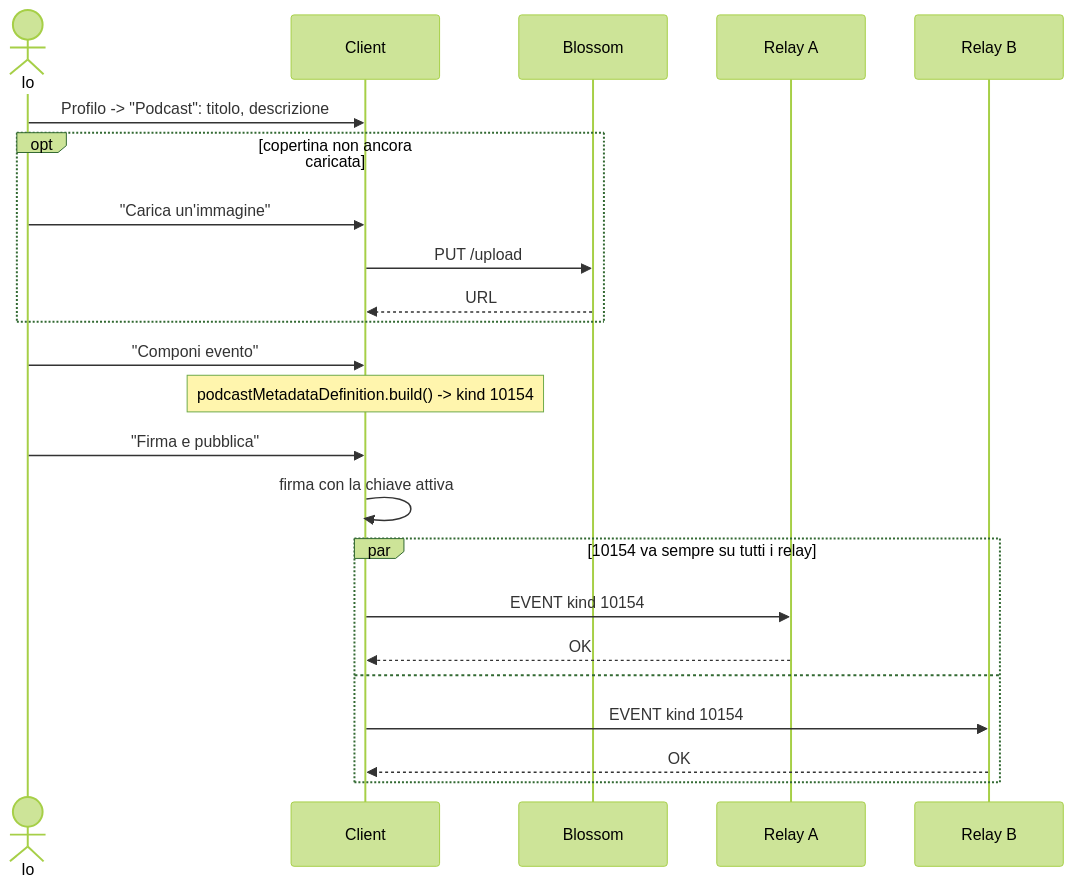
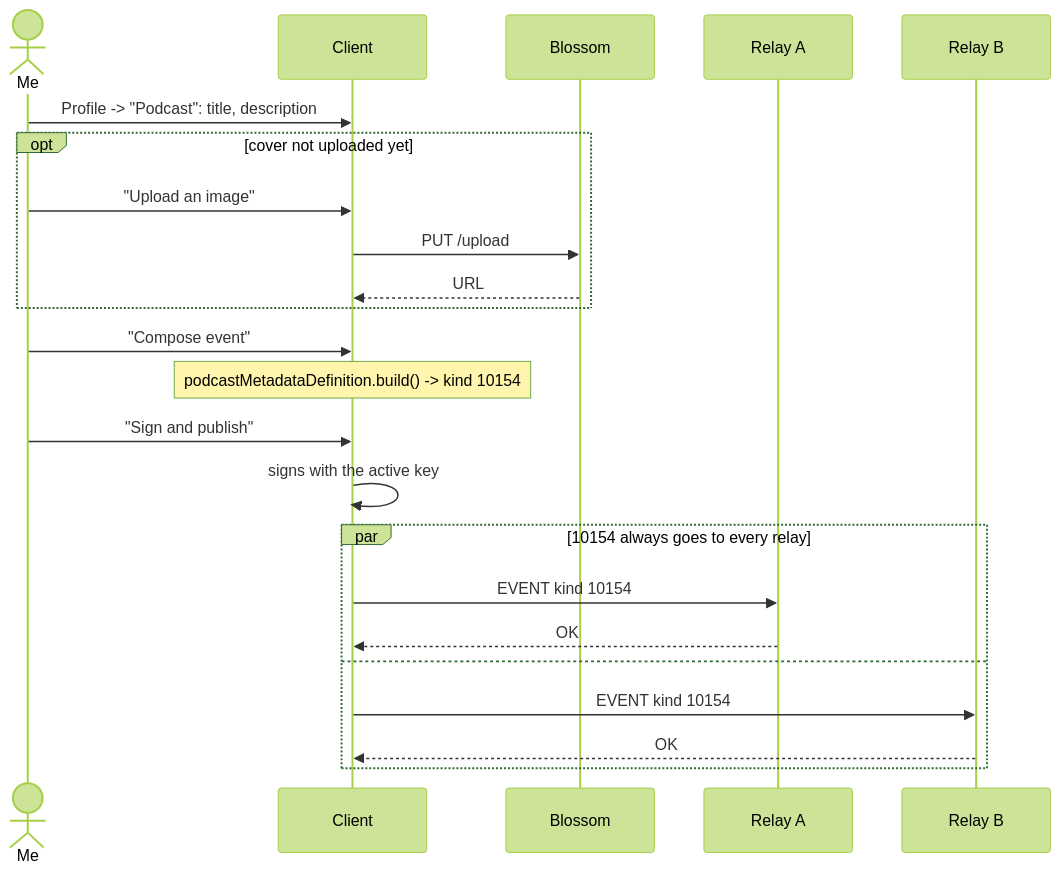
Before and after one commit to Tbc159/NostrMediaClient: the first of 6 diagrams in docs/PODCAST.md, drawn with Mermaid (forest theme). The commit also changed other lines of this file and 8 other files, not shown here.

````diff
--- a/docs/PODCAST.md
+++ b/docs/PODCAST.md
@@ -96,26 +97,26 @@
 ```mermaid
 sequenceDiagram
-    actor Io
+    actor Me
     participant Client
     participant Blossom
     participant RelayA as Relay A
     participant RelayB as Relay B
 
-    Io->>Client: Profilo -> "Podcast": titolo, descrizione
-    opt copertina non ancora caricata
-        Io->>Client: "Carica un'immagine"
+    Me->>Client: Profile -> "Podcast": title, description
+    opt cover not uploaded yet
+        Me->>Client: "Upload an image"
         Client->>Blossom: PUT /upload
         Blossom-->>Client: URL
     end
-    Io->>Client: "Componi evento"
+    Me->>Client: "Compose event"
     Note over Client: podcastMetadataDefinition.build() -> kind 10154
-    Io->>Client: "Firma e pubblica"
-    Client->>Client: firma con la chiave attiva
-    par 10154 va sempre su tutti i relay
+    Me->>Client: "Sign and publish"
+    Client->>Client: signs with the active key
+    par 10154 always goes to every relay
         Client->>RelayA: EVENT kind 10154
         RelayA-->>Client: OK
     and
         Client->>RelayB: EVENT kind 10154
         RelayB-->>Client: OK
     end
 ```
````
